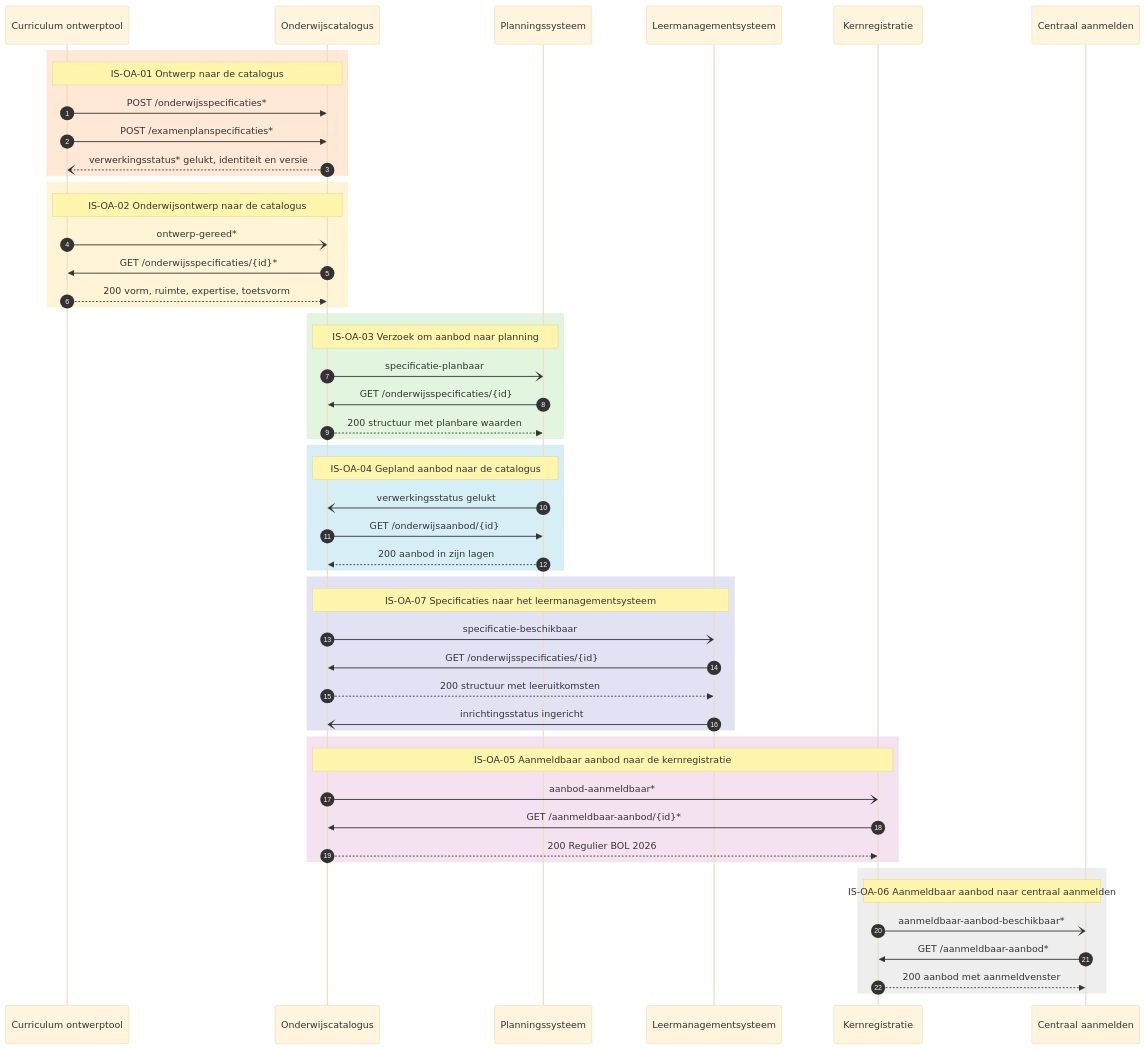
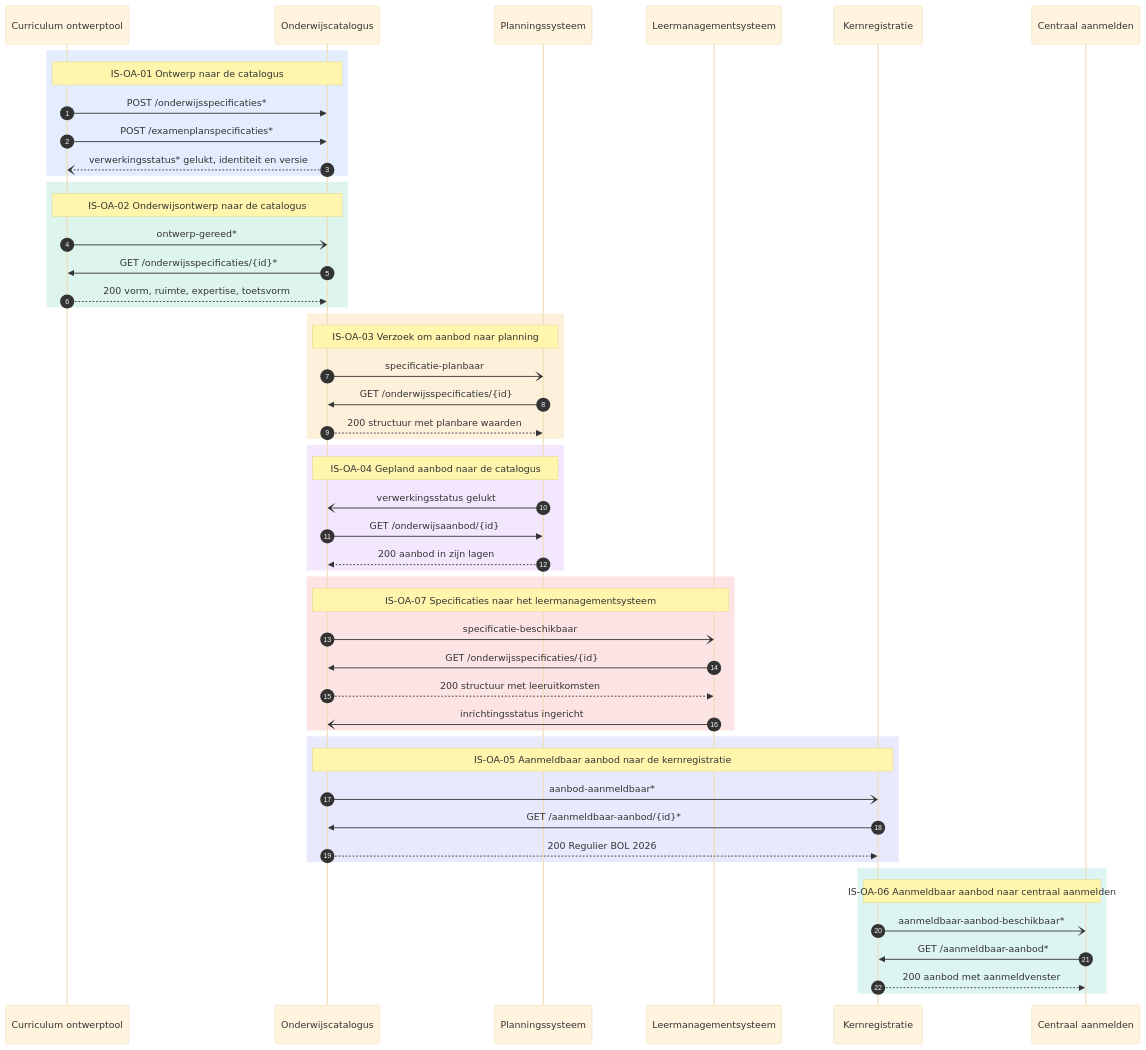
One commit to Npuls-OKx/meta changed the diagram in architecture/docs/specificatie/interactie-onderwijsaanbod/README.md. Above: the diagram before and after it, drawn with Mermaid (base theme). The commit also changed 1 other file, not shown here.

Commit message:
De interactieketens leesbaar in darkmode
Een gekleurd kader in een sequentiediagram kreeg een vaste lichte vulling. In
darkmode zet GitHub de tekst licht, en dan staat lichte tekst op een lichte
vlek. Beide ketendiagrammen waren daar bijna niet te lezen.

De kaders dragen nu een doorschijnende tint in plaats van een vaste kleur:
rgba met alpha 0.14. De ondergrond van het thema schijnt erdoorheen, dus op
wit wordt het een lichte tint en op de donkere achtergrond van GitHub een
donkere. De tekst houdt de kleur die het thema haar geeft en blijft daarmee
leesbaar.

Dertien kaders over de twee ketens, elk met een eigen tint uit dezelfde reeks
van acht, zodat de ketens dezelfde taal spreken.

Beide diagrammen zijn met mermaid-cli in het lichte en het donkere thema
gerenderd en op de achtergrondkleur van GitHub samengesteld om het na te
kijken.

621 tests groen.

See also #372
See also #386

Claude-Session: https://claude.ai/code/session_01U2MjeqKoEDeZ8DcuBYKUcY

````diff
--- a/architecture/docs/specificatie/interactie-onderwijsaanbod/README.md
+++ b/architecture/docs/specificatie/interactie-onderwijsaanbod/README.md
@@ -187,54 +187,54 @@
 ```mermaid
 sequenceDiagram
     autonumber
     participant CO as Curriculum ontwerptool
     participant OC as Onderwijscatalogus
     participant PL as Planningssysteem
     participant LMS as Leermanagementsysteem
     participant KRS as Kernregistratie
     participant CA as Centraal aanmelden
 
-    rect rgb(255, 232, 214)
+    rect rgba(59, 130, 246, 0.14)
         Note over CO,OC: IS-OA-01 Ontwerp naar de catalogus
         CO->>OC: POST /onderwijsspecificaties*
         CO->>OC: POST /examenplanspecificaties*
         OC--)CO: verwerkingsstatus* gelukt, identiteit en versie
     end
-    rect rgb(255, 245, 214)
+    rect rgba(16, 185, 129, 0.14)
         Note over CO,OC: IS-OA-02 Onderwijsontwerp naar de catalogus
         CO-)OC: ontwerp-gereed*
         OC->>CO: GET /onderwijsspecificaties/{id}*
         CO-->>OC: 200 vorm, ruimte, expertise, toetsvorm
     end
-    rect rgb(226, 245, 222)
+    rect rgba(245, 158, 11, 0.14)
         Note over OC,PL: IS-OA-03 Verzoek om aanbod naar planning
         OC-)PL: specificatie-planbaar
         PL->>OC: GET /onderwijsspecificaties/{id}
         OC-->>PL: 200 structuur met planbare waarden
     end
-    rect rgb(214, 238, 245)
+    rect rgba(168, 85, 247, 0.14)
         Note over OC,PL: IS-OA-04 Gepland aanbod naar de catalogus
         PL-)OC: verwerkingsstatus gelukt
         OC->>PL: GET /onderwijsaanbod/{id}
         PL-->>OC: 200 aanbod in zijn lagen
     end
-    rect rgb(226, 226, 245)
+    rect rgba(239, 68, 68, 0.14)
         Note over OC,LMS: IS-OA-07 Specificaties naar het leermanagementsysteem
         OC-)LMS: specificatie-beschikbaar
         LMS->>OC: GET /onderwijsspecificaties/{id}
         OC-->>LMS: 200 structuur met leeruitkomsten
         LMS-)OC: inrichtingsstatus ingericht
     end
-    rect rgb(245, 226, 240)
+    rect rgba(99, 102, 241, 0.14)
         Note over OC,KRS: IS-OA-05 Aanmeldbaar aanbod naar de kernregistratie
         OC-)KRS: aanbod-aanmeldbaar*
         KRS->>OC: GET /aanmeldbaar-aanbod/{id}*
         OC-->>KRS: 200 Regulier BOL 2026
     end
-    rect rgb(238, 238, 238)
+    rect rgba(20, 184, 166, 0.14)
         Note over KRS,CA: IS-OA-06 Aanmeldbaar aanbod naar centraal aanmelden
         KRS-)CA: aanmeldbaar-aanbod-beschikbaar*
         CA->>KRS: GET /aanmeldbaar-aanbod*
         KRS-->>CA: 200 aanbod met aanmeldvenster
     end
 ```
````
